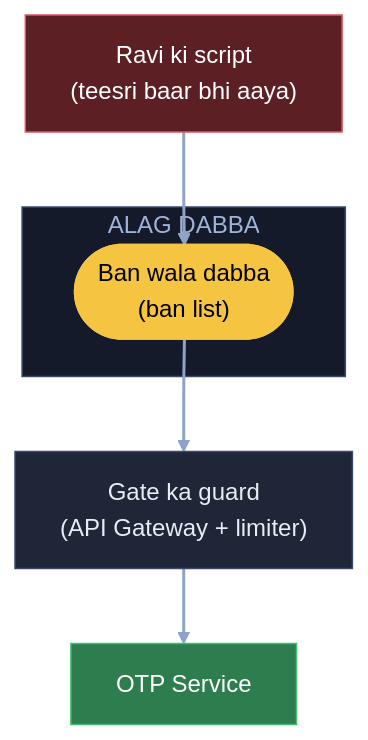
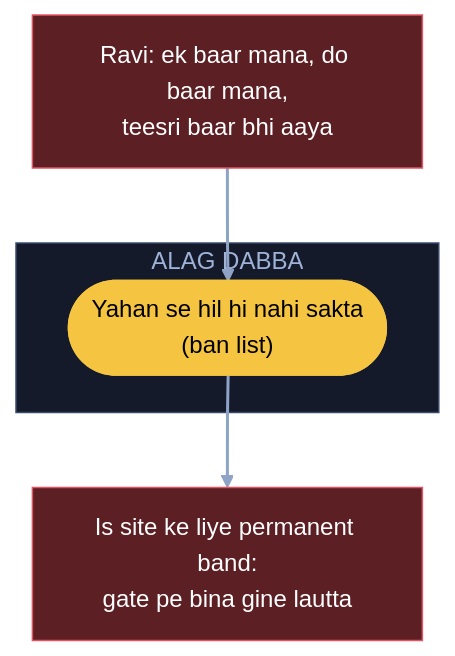
One commit to ArpanMaheshwari144/Prep changed the seventh of 10 diagrams in 04_HLD/SYSTEM_DESIGNS/02_rate_limiter/02_rate_limiter.md. Above: the diagram before and after it, drawn with Mermaid. The commit also changed other lines of this file, not shown here.

Commit message:
Rate limiter: 10 diagram hand notes ke shabdon se (K1 naya), K3 me apni jodi line hatai

````diff
--- a/04_HLD/SYSTEM_DESIGNS/02_rate_limiter/02_rate_limiter.md
+++ b/04_HLD/SYSTEM_DESIGNS/02_rate_limiter/02_rate_limiter.md
@@ -203,18 +217,16 @@
 ```mermaid
 flowchart TB
-    U["Ravi ki script<br/>(teesri baar bhi aaya)"]:::bad
-    subgraph BN["ALAG DABBA"]
-        B(["Ban wala dabba<br/>(ban list)"]):::pill
+    R["Ravi: ek baar mana, do baar mana,<br/>teesri baar bhi aaya"]:::bad
+    subgraph AD["ALAG DABBA"]
+        B(["Yahan se hil hi nahi sakta<br/>(ban list)"]):::pill
     end
-    G["Gate ka guard<br/>(API Gateway + limiter)"]:::card
-    O["OTP Service"]:::good
-    U --> B
-    B --> G
-    G --> O
+    X["Is site ke liye permanent band:<br/>gate pe bina gine lautta"]:::bad
+    R --> B
+    B --> X
     linkStyle default stroke:#8fa3c7,stroke-width:2px
     classDef card fill:#1e2638,stroke:#3a4a6b,color:#e8ecf5
     classDef pill fill:#f5c542,stroke:#f5c542,color:#000
     classDef good fill:#2e7d4f,stroke:#3fbf6f,color:#fff
     classDef bad fill:#5c1f24,stroke:#e05561,color:#fff
-    style BN fill:#141a29,stroke:#3a4a6b,color:#9fb3d9
+    style AD fill:#141a29,stroke:#3a4a6b,color:#9fb3d9
 ```
````
